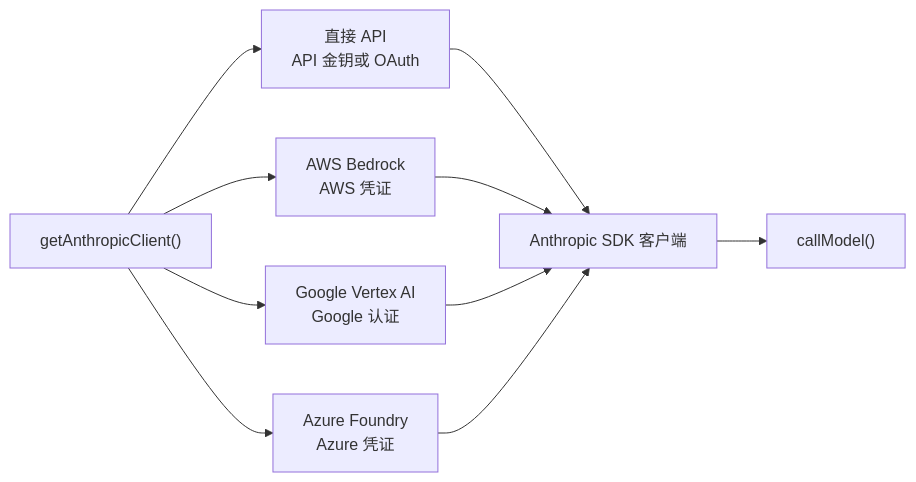
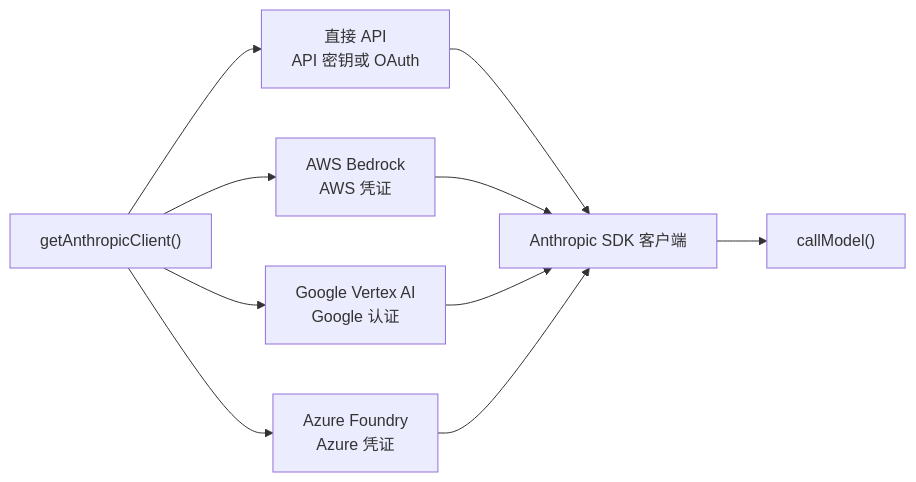
The second of 3 diagrams in book/ch04-api-layer.md (Gracker/claude-code-from-source-zh-cn), drawn with Mermaid before and after one commit. The commit also changed other lines of this file and 16 other files, not shown here.

````diff
--- a/book/ch04-api-layer.md
+++ b/book/ch04-api-layer.md
@@ -49,9 +49,9 @@
 ```mermaid
 graph LR
-    F["getAnthropicClient()"] --> D["直接 API<br/>API 金钥或 OAuth"]
+    F["getAnthropicClient()"] --> D["直接 API<br/>API 密钥或 OAuth"]
     F --> B["AWS Bedrock<br/>AWS 凭证"]
     F --> V["Google Vertex AI<br/>Google 认证"]
     F --> A["Azure Foundry<br/>Azure 凭证"]
     D & B & V & A --> SDK["Anthropic SDK 客户端"]
     SDK --> CL["callModel()"]
 ```
````
